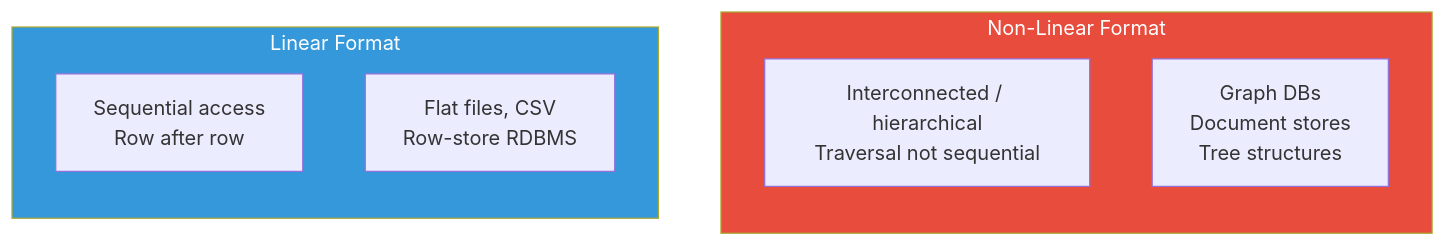
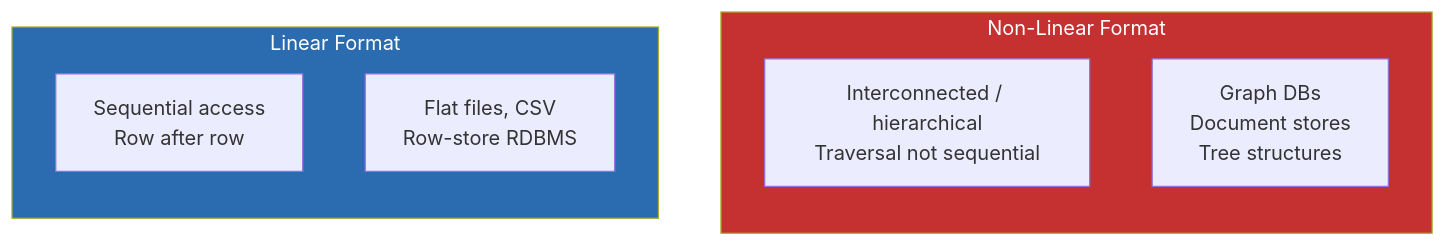
The fifth of 39 diagrams in 07-Visual-Study-Diagrams.md (George-API/CompTIA_DataSys_Study_Guide), drawn with Mermaid before and after one commit. The commit also changed other lines of this file, not shown here.

Commit message:
Improvements to visual study mermaid diagrams

````diff
--- a/07-Visual-Study-Diagrams.md
+++ b/07-Visual-Study-Diagrams.md
@@ -96,19 +96,19 @@
 ```mermaid
 flowchart LR
     subgraph LINEAR["Linear Format"]
         direction TB
-        L1["Sequential access\nRow after row"]
-        L2["Flat files, CSV\nRow-store RDBMS"]
+        L1["Sequential access<br/>Row after row"]
+        L2["Flat files, CSV<br/>Row-store RDBMS"]
     end
 
     subgraph NONLINEAR["Non-Linear Format"]
         direction TB
-        N1["Interconnected / hierarchical\nTraversal not sequential"]
-        N2["Graph DBs\nDocument stores\nTree structures"]
+        N1["Interconnected / hierarchical<br/>Traversal not sequential"]
+        N2["Graph DBs<br/>Document stores<br/>Tree structures"]
     end
 
     LINEAR ~~~ NONLINEAR
 
-    style LINEAR fill:#3498db,color:#fff
-    style NONLINEAR fill:#e74c3c,color:#fff
+    style LINEAR fill:#2B6CB0,color:#fff
+    style NONLINEAR fill:#C53030,color:#fff
 ```
````
